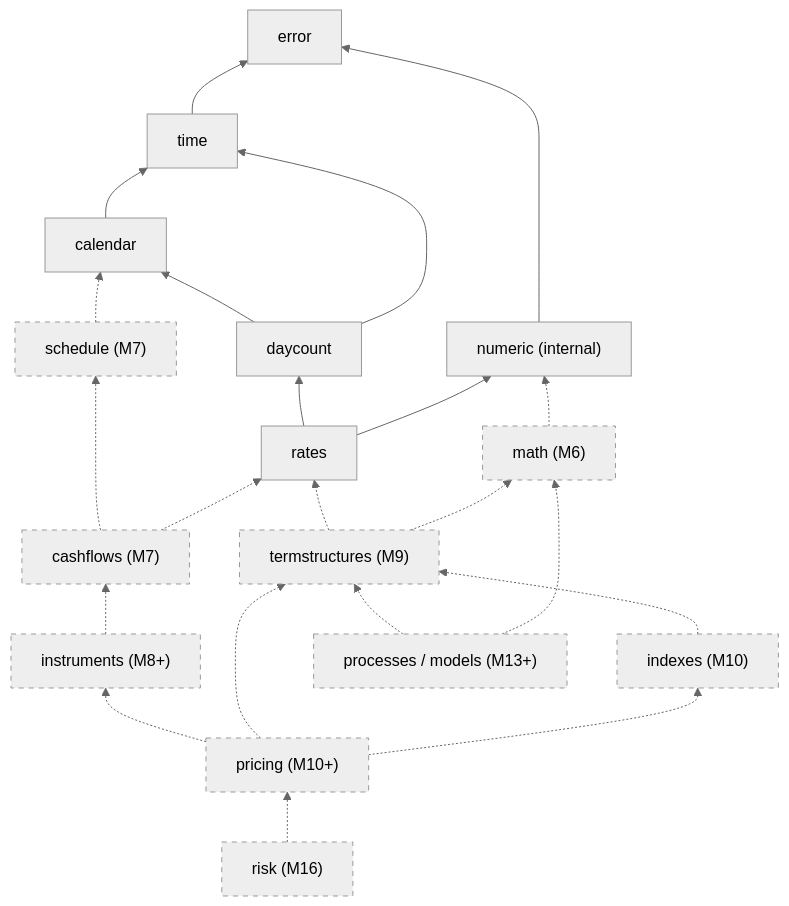
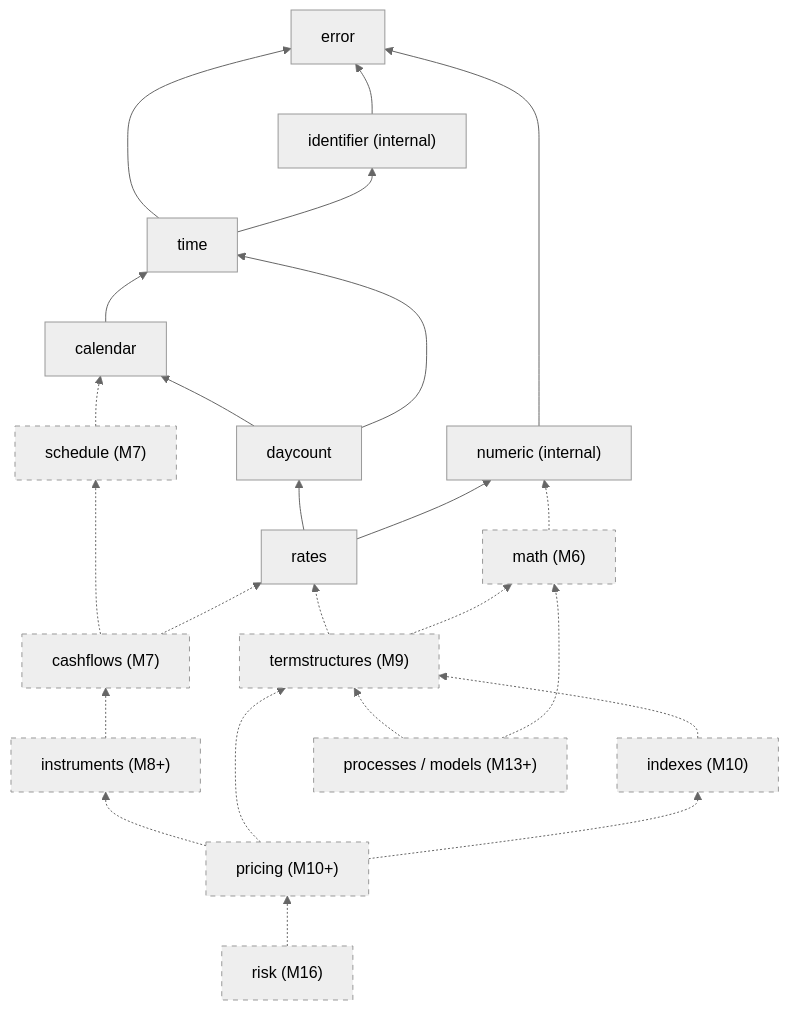
One commit to iceman951/sabiquant changed the diagram in docs/ARCHITECTURE.md. Above: the diagram before and after it, drawn with Mermaid (neutral theme). The commit also changed other lines of this file and 25 other files, not shown here.

````diff
--- a/docs/ARCHITECTURE.md
+++ b/docs/ARCHITECTURE.md
@@ -196,41 +199,44 @@
 ```mermaid
 flowchart BT
   error["error"]
   numeric["numeric (internal)"]
+  identifier["identifier (internal)"]
   time["time"]
   calendar["calendar"]
   daycount["daycount"]
   rates["rates"]
   math["math (M6)"]
   schedule["schedule (M7)"]
   cashflows["cashflows (M7)"]
   ts["termstructures (M9)"]
   indexes["indexes (M10)"]
   instruments["instruments (M8+)"]
   pricing["pricing (M10+)"]
   processes["processes / models (M13+)"]
   risk["risk (M16)"]
   numeric --> error
+  identifier --> error
   time --> error
+  time --> identifier
   calendar --> time
   daycount --> calendar
   daycount --> time
   rates --> daycount
   rates --> numeric
   math -.-> numeric
   schedule -.-> calendar
   cashflows -.-> schedule
   cashflows -.-> rates
   ts -.-> rates
   ts -.-> math
   indexes -.-> ts
   instruments -.-> cashflows
   pricing -.-> instruments
   pricing -.-> ts
   pricing -.-> indexes
   processes -.-> ts
   processes -.-> math
   risk -.-> pricing
   classDef future stroke-dasharray: 5 5;
   class math,schedule,cashflows,ts,indexes,instruments,pricing,processes,risk future;
 ```
````
